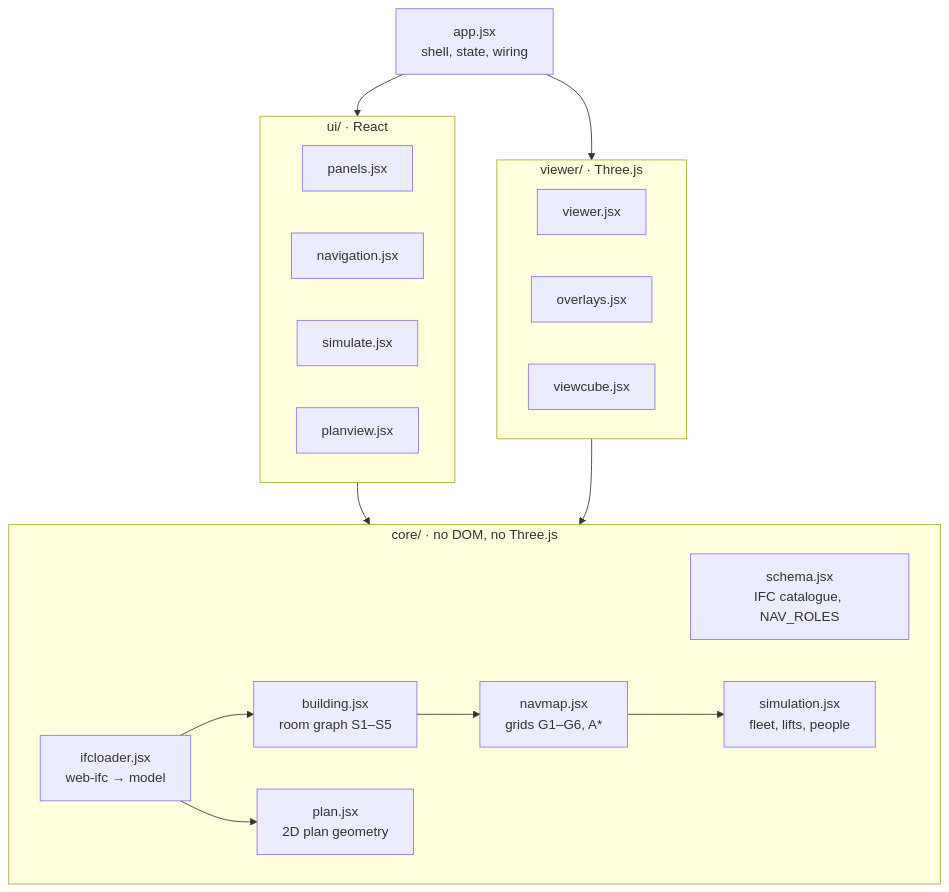
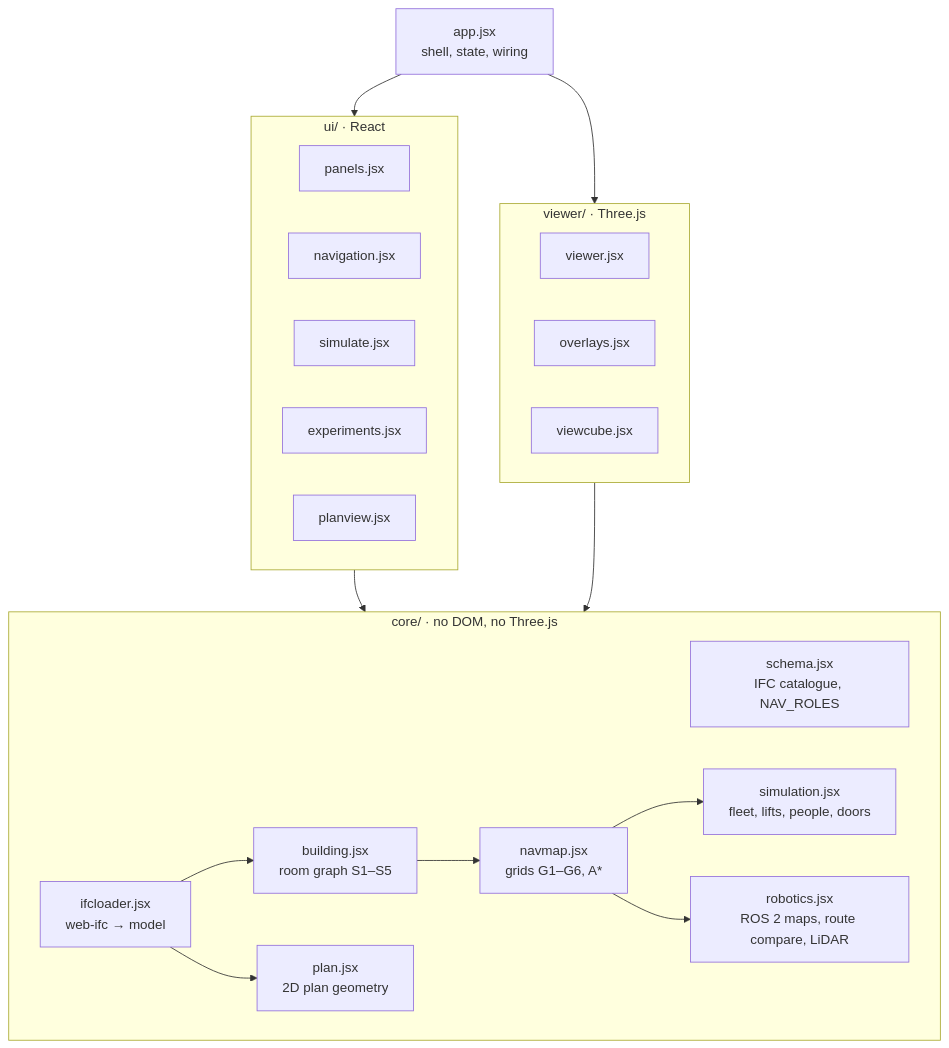
The second of 2 diagrams in README.md (isaddiq/BIM2Bot-Lab), drawn with Mermaid before and after one commit. The commit also changed other lines of this file and 21 other files, not shown here.

First line of the commit message:
feat: add door schedule editor, simulated LiDAR controls, and batch experiments functionality

````diff
--- a/README.md
+++ b/README.md
@@ -185,28 +192,31 @@
 ```mermaid
 flowchart TB
     subgraph core["core/ · no DOM, no Three.js"]
         schema["schema.jsx<br/>IFC catalogue, NAV_ROLES"]
         loader["ifcloader.jsx<br/>web-ifc → model"]
         building["building.jsx<br/>room graph S1–S5"]
         navmap["navmap.jsx<br/>grids G1–G6, A*"]
-        sim["simulation.jsx<br/>fleet, lifts, people"]
+        sim["simulation.jsx<br/>fleet, lifts, people, doors"]
+        robo["robotics.jsx<br/>ROS 2 maps, route compare, LiDAR"]
         plan["plan.jsx<br/>2D plan geometry"]
     end
     subgraph viewer["viewer/ · Three.js"]
         three["viewer.jsx"]
         overlays["overlays.jsx"]
         cube["viewcube.jsx"]
     end
     subgraph ui["ui/ · React"]
         panels["panels.jsx"]
         nav["navigation.jsx"]
         simui["simulate.jsx"]
+        exp["experiments.jsx"]
         pv["planview.jsx"]
     end
     app["app.jsx<br/>shell, state, wiring"]
     loader --> building --> navmap --> sim
+    navmap --> robo
     loader --> plan
     app --> ui & viewer
     ui --> core
     viewer --> core
 ```
````
